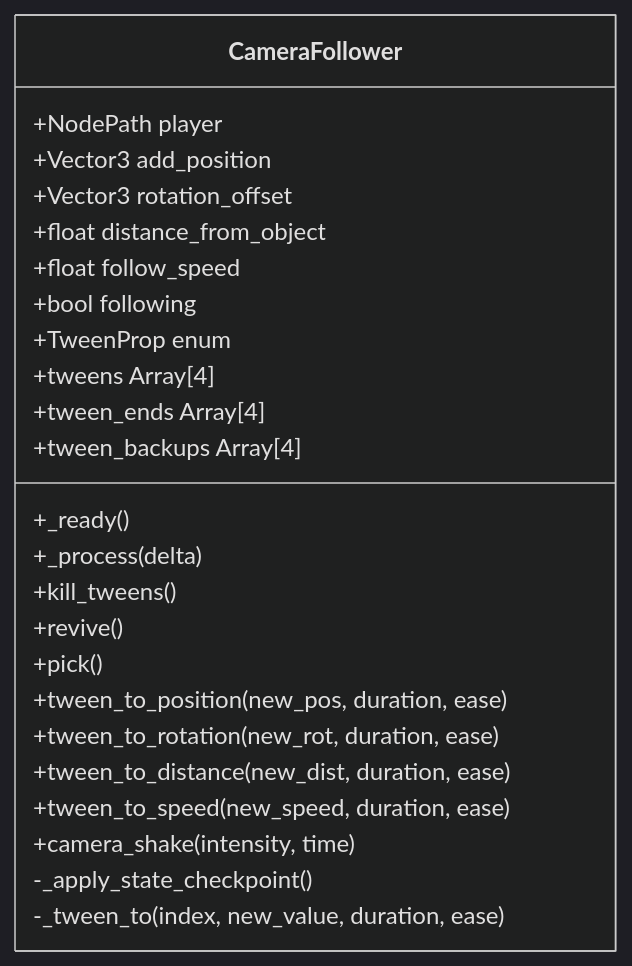
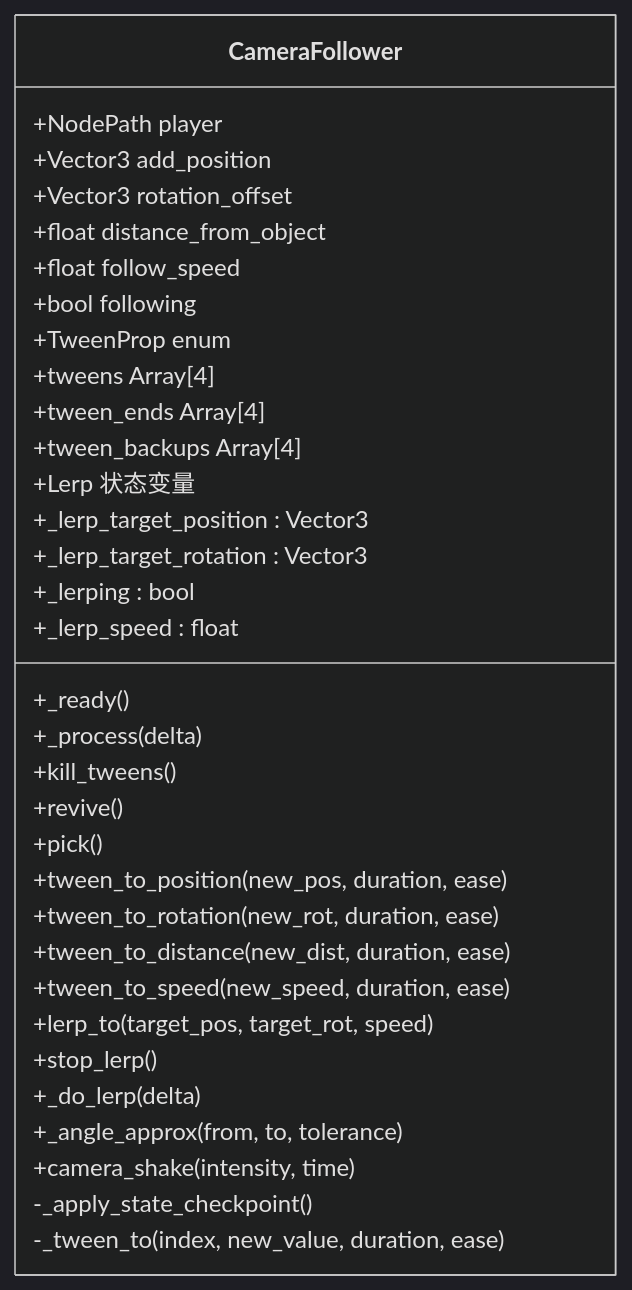
One commit to godotline/godot-line changed the third of 12 diagrams in .qoder/repowiki/zh/content/游戏系统/相机系统/相机跟随系统.md. Above: the diagram before and after it, drawn with Mermaid (dark theme). The commit also changed other lines of this file and 10 other files, not shown here.

````diff
--- a/.qoder/repowiki/zh/content/游戏系统/相机系统/相机跟随系统.md
+++ b/.qoder/repowiki/zh/content/游戏系统/相机系统/相机跟随系统.md
@@ -157,27 +150,36 @@
 ```mermaid
 classDiagram
 class CameraFollower {
 +NodePath player
 +Vector3 add_position
 +Vector3 rotation_offset
 +float distance_from_object
 +float follow_speed
 +bool following
 +TweenProp enum
 +tweens Array[4]
 +tween_ends Array[4]
 +tween_backups Array[4]
++Lerp 状态变量
++_lerp_target_position : Vector3
++_lerp_target_rotation : Vector3
++_lerping : bool
++_lerp_speed : float
 +_ready()
 +_process(delta)
 +kill_tweens()
 +revive()
 +pick()
 +tween_to_position(new_pos, duration, ease)
 +tween_to_rotation(new_rot, duration, ease)
 +tween_to_distance(new_dist, duration, ease)
 +tween_to_speed(new_speed, duration, ease)
++lerp_to(target_pos, target_rot, speed)
++stop_lerp()
++_do_lerp(delta)
++_angle_approx(from, to, tolerance)
 +camera_shake(intensity, time)
 -_apply_state_checkpoint()
 -_tween_to(index, new_value, duration, ease)
 }
 ```
````
